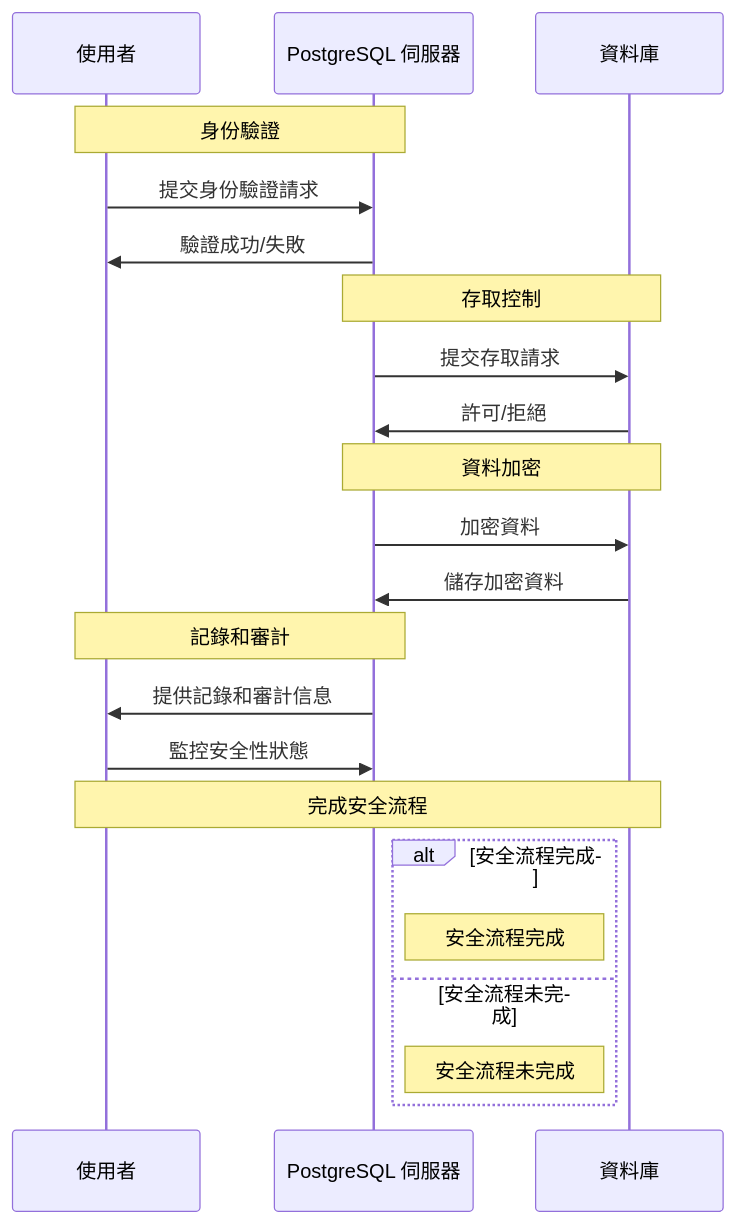
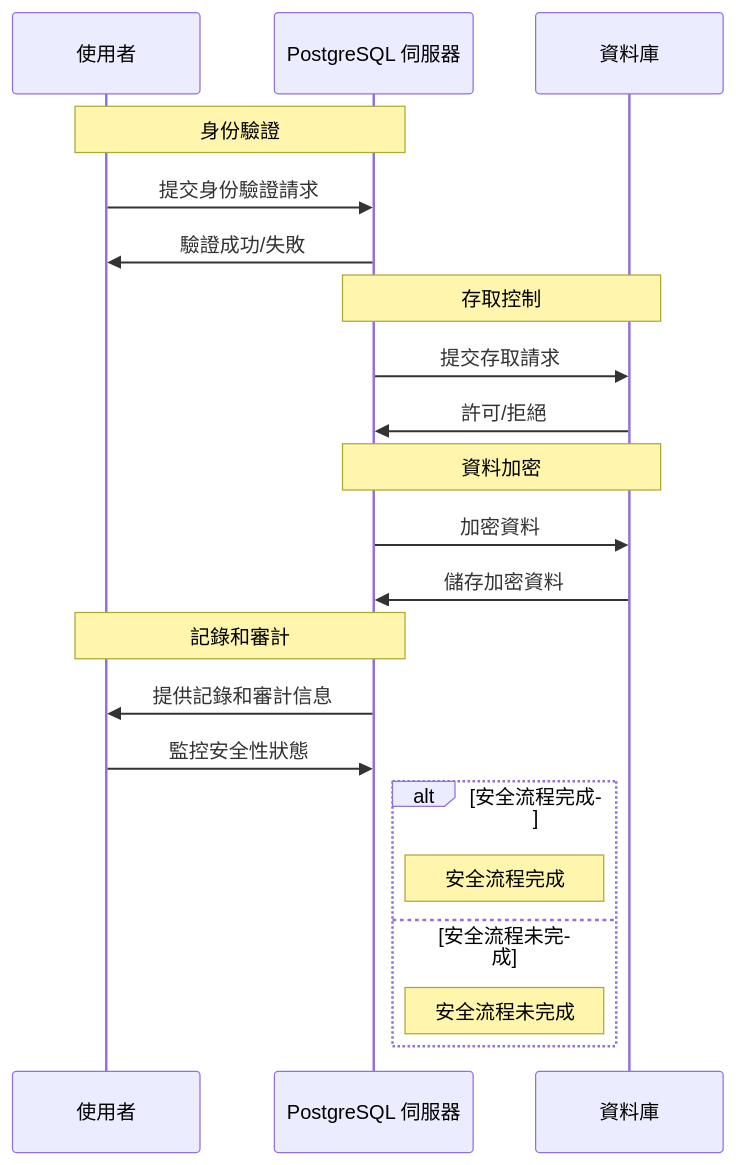
Before and after one commit to a920604a/engineernews: the diagram in src/content/posts/tech/2026-04-25-why-is-postgresql-the-most-secured-system-in-the-world.md, drawn with Mermaid. The commit also changed 7 other files, not shown here.

Commit message:
fix: auto-fix mermaid syntax errors in posts

````diff
--- a/src/content/posts/tech/2026-04-25-why-is-postgresql-the-most-secured-system-in-the-world.md
+++ b/src/content/posts/tech/2026-04-25-why-is-postgresql-the-most-secured-system-in-the-world.md
@@ -30,29 +30,28 @@
 ```mermaid
 sequenceDiagram
     participant Client as 使用者
     participant Server as PostgreSQL 伺服器
     participant Database as 資料庫
 
     Note over Client,Server: 身份驗證
     Client->>Server: 提交身份驗證請求
     Server->>Client: 驗證成功/失敗
 
     Note over Server,Database: 存取控制
     Server->>Database: 提交存取請求
     Database->>Server: 許可/拒絕
 
     Note over Server,Database: 資料加密
     Server->>Database: 加密資料
     Database->>Server: 儲存加密資料
 
     Note over Server,Client: 記錄和審計
     Server->>Client: 提供記錄和審計信息
     Client->>Server: 監控安全性狀態
 
-    Note over Client,Database: 完成安全流程
     alt 安全流程完成
         Note right of Server: 安全流程完成
     else 安全流程未完成
         Note right of Server: 安全流程未完成
     end
 ```
````
